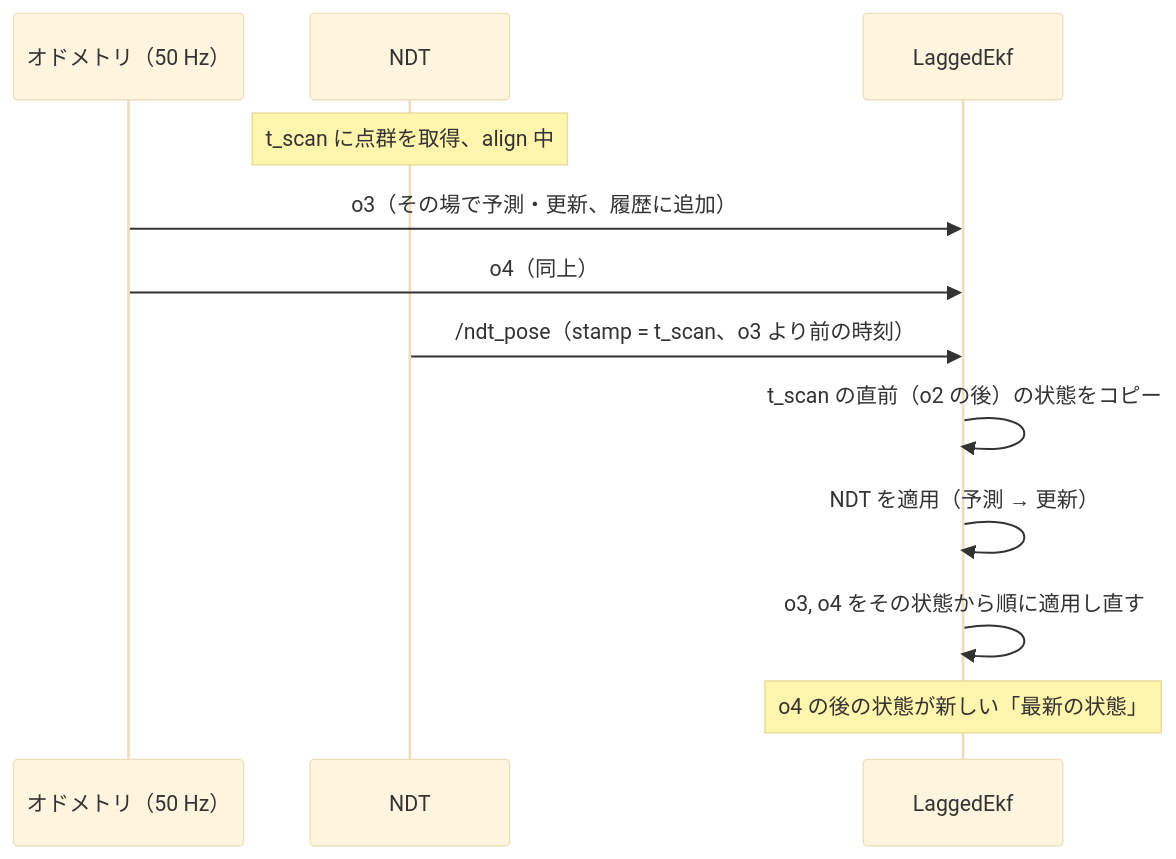
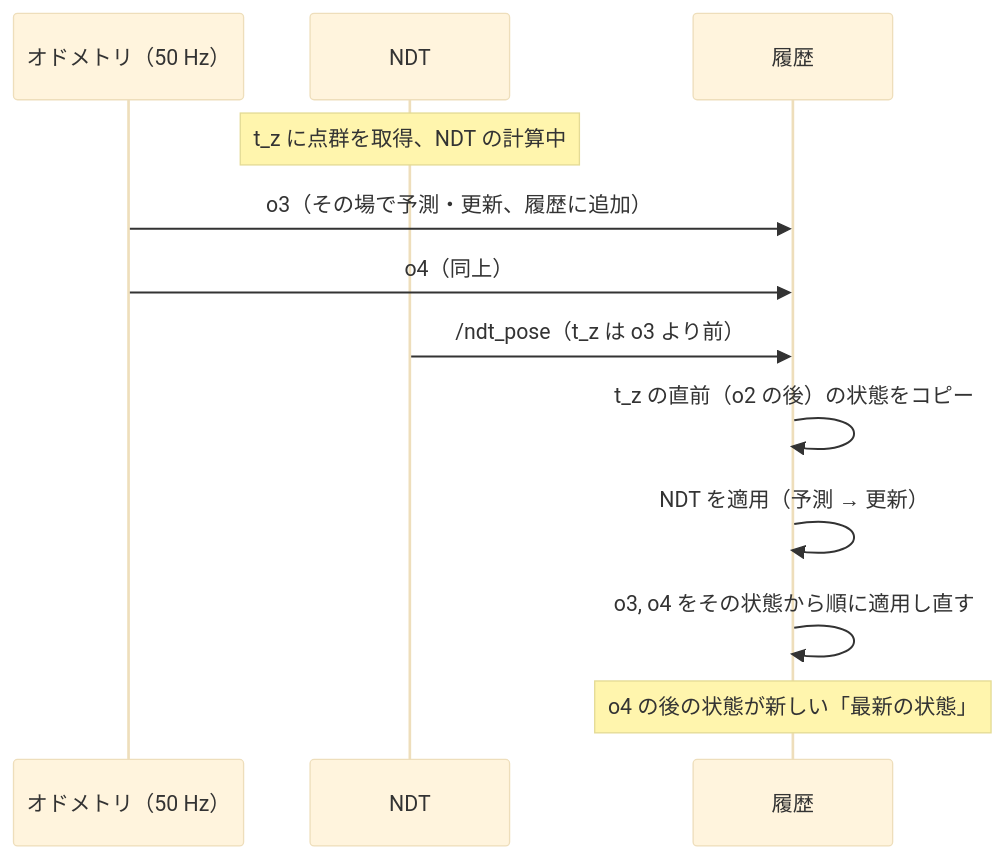
Before and after one commit to MaeharaTakumi/ekf_localizer: the third of 4 diagrams in docs/ekf_flow.md, drawn with Mermaid (base theme). The commit also changed other lines of this file and 13 other files, not shown here.

First line of the commit message:
feat: Enhance EKF with NDT delay handling and improve update mechanisms

````diff
--- a/docs/ekf_flow.md
+++ b/docs/ekf_flow.md
@@ -123,15 +174,15 @@
 ```mermaid
 sequenceDiagram
   participant O as オドメトリ（50 Hz）
   participant N as NDT
-  participant L as LaggedEkf
+  participant L as 履歴
 
-  Note over N: t_scan に点群を取得、align 中
+  Note over N: t_z に点群を取得、NDT の計算中
   O->>L: o3（その場で予測・更新、履歴に追加）
   O->>L: o4（同上）
-  N->>L: /ndt_pose（stamp = t_scan、o3 より前の時刻）
-  L->>L: t_scan の直前（o2 の後）の状態をコピー
+  N->>L: /ndt_pose（t_z は o3 より前）
+  L->>L: t_z の直前（o2 の後）の状態をコピー
   L->>L: NDT を適用（予測 → 更新）
   L->>L: o3, o4 をその状態から順に適用し直す
   Note over L: o4 の後の状態が新しい「最新の状態」
 ```
````
